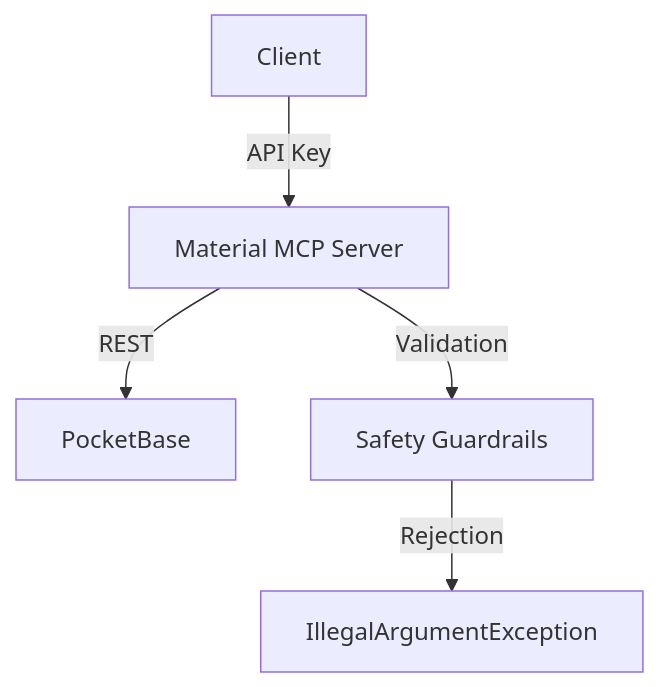
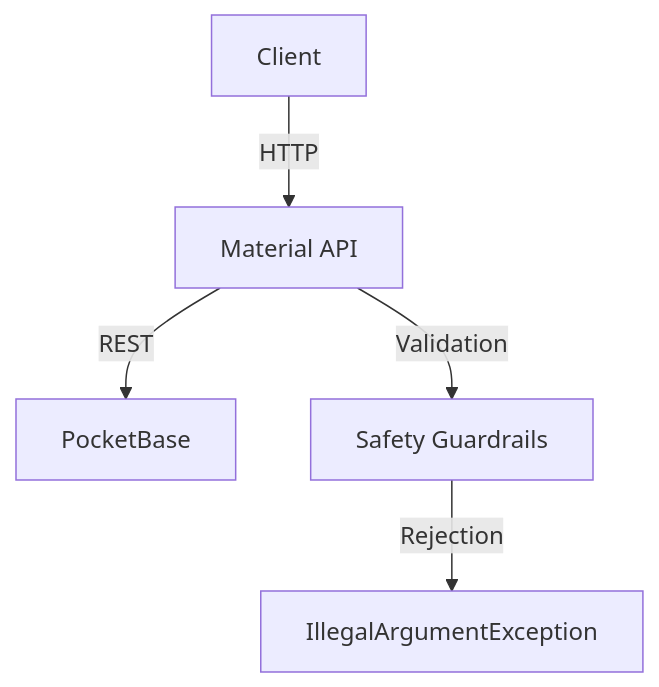
Before and after one commit to Oai-Lab-s-Workshop/cv-generator: the diagram in backend/material-mcp/README.md, drawn with Mermaid. The commit also changed other lines of this file and 52 other files, not shown here.

Commit message:
fix(material-mcp): secure material operations [RESUMATE-22]

````diff
--- a/backend/material-mcp/README.md
+++ b/backend/material-mcp/README.md
@@ -144,7 +101,7 @@
 ```mermaid
 graph TD
-    A[Client] -->|API Key| B[Material MCP Server]
+    A[Client] -->|HTTP| B[Material API]
     B -->|REST| C[PocketBase]
     B -->|Validation| D[Safety Guardrails]
     D -->|Rejection| E[IllegalArgumentException]
 ```
````
